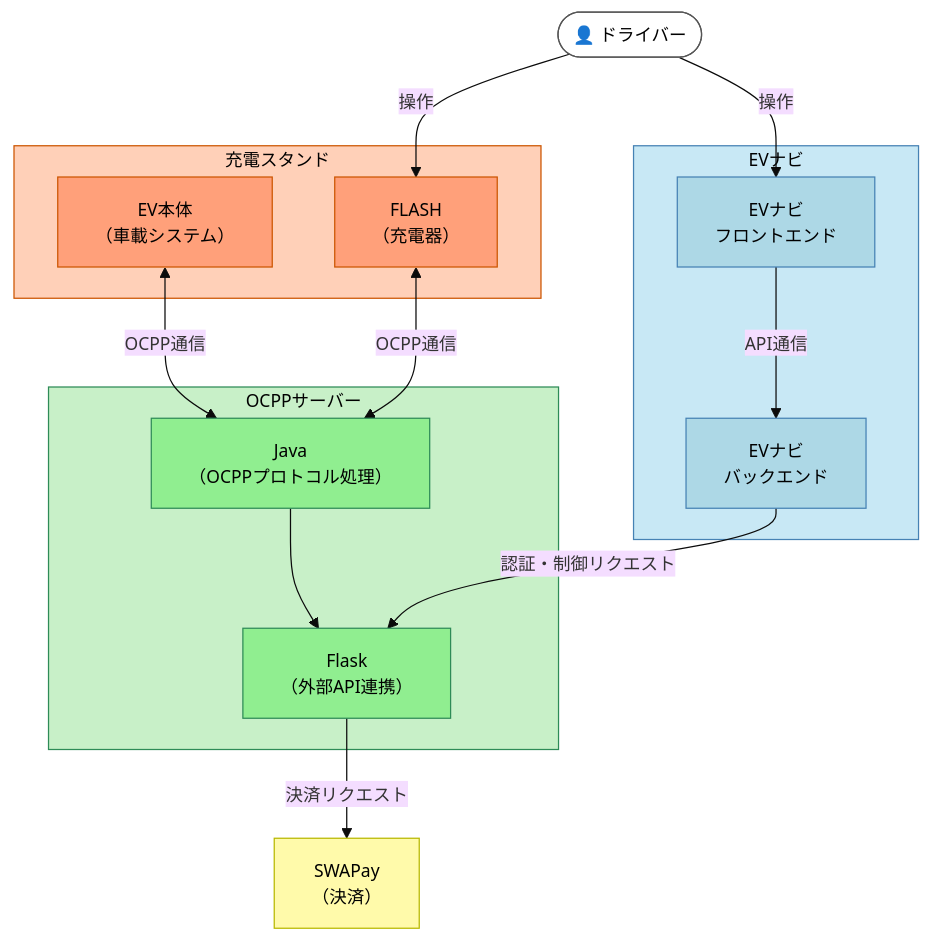
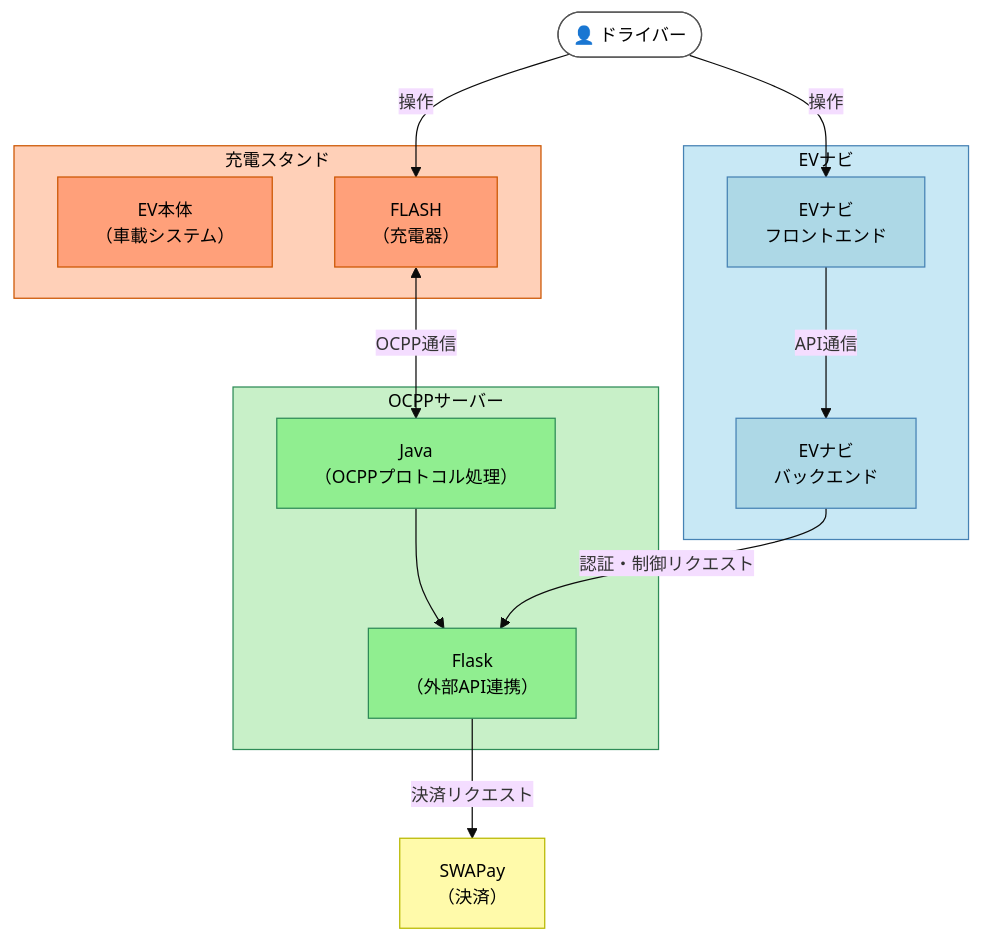
Before and after one commit to Toyamakawa/EV_navi: the diagram in component_overview.md, drawn with Mermaid. The commit also changed 1 other file, not shown here.

Commit message:
Fix component diagram: remove EV-OCPP connection, restore legend

````diff
--- a/component_overview.md
+++ b/component_overview.md
@@ -3,47 +3,46 @@
 ```mermaid
 %%{init: {'theme': 'base', 'themeVariables': {'fontSize': '14px'}, 'flowchart': {'htmlLabels': true, 'curve': 'basis'}}}%%
 flowchart TD
     Driver(["👤 ドライバー"])
 
     SWAPay["SWAPay<br/>（決済）"]
 
     subgraph ChargingStation["充電スタンド"]
         EV["EV本体<br/>（車載システム）"]
         FLASH["FLASH<br/>（充電器）"]
     end
 
     subgraph OCPP["OCPPサーバー"]
         JavaPart["Java<br/>（OCPPプロトコル処理）"]
         FlaskPart["Flask<br/>（外部API連携）"]
         JavaPart --> FlaskPart
     end
 
     subgraph EVNavi["EVナビ"]
         NaviApp["EVナビ<br/>フロントエンド"]
         NaviBackend["EVナビ<br/>バックエンド"]
         NaviApp -->|API通信| NaviBackend
     end
 
     Driver -->|操作| NaviApp
     Driver -->|操作| FLASH
-    EV <-->|OCPP通信| JavaPart
     FLASH <-->|OCPP通信| JavaPart
     NaviBackend -->|認証・制御リクエスト| FlaskPart
     FlaskPart -->|決済リクエスト| SWAPay
 
     classDef navi fill:#add8e6,stroke:#4682b4,color:#000
     classDef selfdev fill:#90ee90,stroke:#2e8b57,color:#000
     classDef charging fill:#ffa07a,stroke:#cc5500,color:#000
     classDef payment fill:#fffaaa,stroke:#b8b800,color:#000
     classDef actor fill:#ffffff,stroke:#555555,color:#000
 
     class NaviApp,NaviBackend navi
     class JavaPart,FlaskPart selfdev
     class EV,FLASH charging
     class SWAPay payment
     class Driver actor
 
     style OCPP fill:#c8f0c8,stroke:#2e8b57,color:#000
     style ChargingStation fill:#ffd0b8,stroke:#cc5500,color:#000
     style EVNavi fill:#c8e8f5,stroke:#4682b4,color:#000
 ```
````
